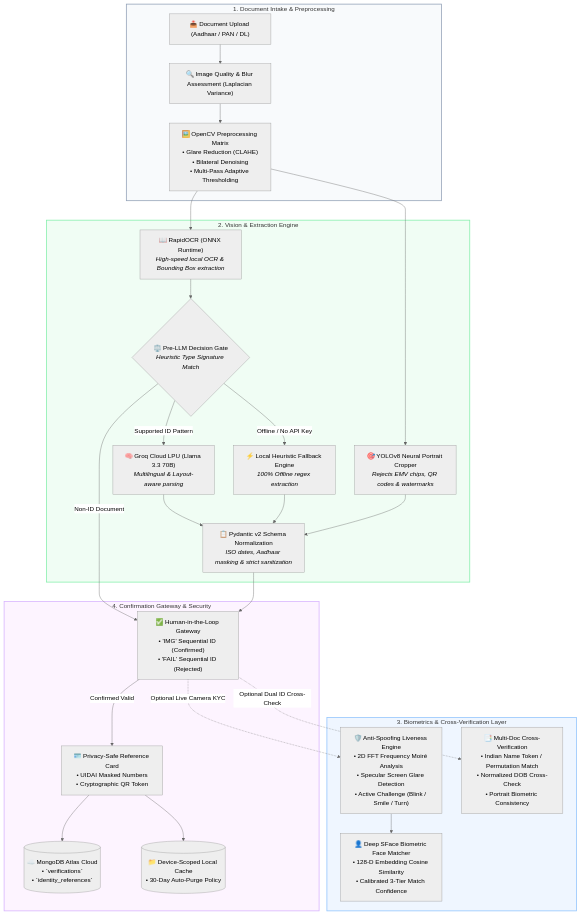
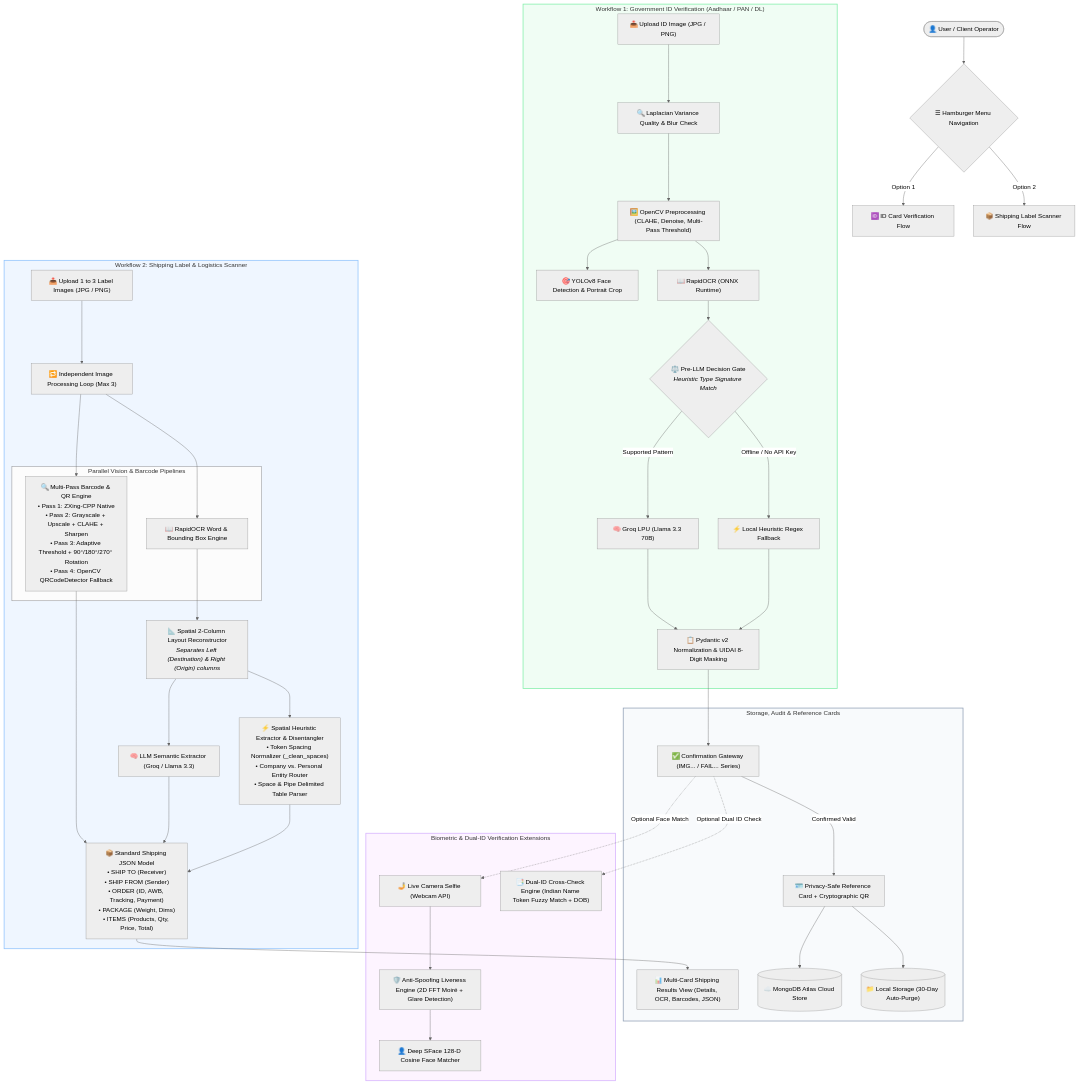
One commit to kiruthikeyangiri/utility-bot-2 changed the diagram in README.md. Above: the diagram before and after it, drawn with Mermaid (neutral theme). The commit also changed other lines of this file, not shown here.

Commit message:
docs: update README.md with complete dual-engine architecture, end-to-end workflows, and shipping label scanner documentation

````diff
--- a/README.md
+++ b/README.md
@@ -22,74 +21,87 @@
 ```mermaid
 flowchart TD
+    %% NAVIGATION GATEWAY
+    User(["👤 User / Client Operator"]) --> NavChoice{"☰ Hamburger Menu Navigation"}
+    
+    NavChoice -->|Option 1| IDFlow["🆔 ID Card Verification Flow"]
+    NavChoice -->|Option 2| ShippingFlow["📦 Shipping Label Scanner Flow"]
+
     %% ==========================================
-    %% INTAKE & PREPROCESSING
+    %% WORKFLOW 1: ID VERIFICATION
     %% ==========================================
-    subgraph Intake["1. Document Intake & Preprocessing"]
-        DocUpload["📤 Document Upload (Aadhaar / PAN / DL)"]
-        QualityGate["🔍 Image Quality & Blur Assessment (Laplacian Variance)"]
-        CVPreproc["🖼️ OpenCV Preprocessing Matrix<br/>• Glare Reduction (CLAHE)<br/>• Bilateral Denoising<br/>• Multi-Pass Adaptive Thresholding"]
+    subgraph IDWorkflow["Workflow 1: Government ID Verification (Aadhaar / PAN / DL)"]
+        IDUpload["📤 Upload ID Image (JPG / PNG)"]
+        QualityCheck["🔍 Laplacian Variance Quality & Blur Check"]
+        IDPreproc["🖼️ OpenCV Preprocessing (CLAHE, Denoise, Multi-Pass Threshold)"]
+        YOLOCrop["🎯 YOLOv8 Face Detection & Portrait Crop"]
+        RapidID["📖 RapidOCR (ONNX Runtime)"]
+        DecisionGate{"⚖️ Pre-LLM Decision Gate<br/><i>Heuristic Type Signature Match</i>"}
+        GroqID["🧠 Groq LPU (Llama 3.3 70B)"]
+        RegexID["⚡ Local Heuristic Regex Fallback"]
+        PydanticID["📋 Pydantic v2 Normalization & UIDAI 8-Digit Masking"]
+        
+        IDUpload --> QualityCheck --> IDPreproc
+        IDPreproc --> YOLOCrop
+        IDPreproc --> RapidID
+        RapidID --> DecisionGate
+        DecisionGate -->|Supported Pattern| GroqID --> PydanticID
+        DecisionGate -->|Offline / No API Key| RegexID --> PydanticID
     end
 
     %% ==========================================
-    %% VISION & AI EXTRACTION PIPELINE
+    %% WORKFLOW 2: SHIPPING LABEL SCANNER
     %% ==========================================
-    subgraph VisionAI["2. Vision & Extraction Engine"]
-        YOLOFace["🎯 YOLOv8 Neural Portrait Cropper<br/><i>Rejects EMV chips, QR codes & watermarks</i>"]
-        RapidOCREngine["📖 RapidOCR (ONNX Runtime)<br/><i>High-speed local OCR & Bounding Box extraction</i>"]
-        DecisionGate{"⚖️ Pre-LLM Decision Gate<br/><i>Heuristic Type Signature Match</i>"}
-        GroqLlama["🧠 Groq Cloud LPU (Llama 3.3 70B)<br/><i>Multilingual & Layout-aware parsing</i>"]
-        RegexEngine["⚡ Local Heuristic Fallback Engine<br/><i>100% Offline regex extraction</i>"]
-        PydanticVal["📋 Pydantic v2 Schema Normalization<br/><i>ISO dates, Aadhaar masking & strict sanitization</i>"]
+    subgraph ShipWorkflow["Workflow 2: Shipping Label & Logistics Scanner"]
+        ShipUpload["📤 Upload 1 to 3 Label Images (JPG / PNG)"]
+        MultiLoop["🔁 Independent Image Processing Loop (Max 3)"]
+        
+        subgraph ParallelEngines["Parallel Vision & Barcode Pipelines"]
+            CodeScan["🔍 Multi-Pass Barcode & QR Engine<br/>• Pass 1: ZXing-CPP Native<br/>• Pass 2: Grayscale + Upscale + CLAHE + Sharpen<br/>• Pass 3: Adaptive Threshold + 90°/180°/270° Rotation<br/>• Pass 4: OpenCV QRCodeDetector Fallback"]
+            RapidShip["📖 RapidOCR Word & Bounding Box Engine"]
+        end
+        
+        SpatialSort["📐 Spatial 2-Column Layout Reconstructor<br/><i>Separates Left (Destination) & Right (Origin) columns</i>"]
+        ShipLLM["🧠 LLM Semantic Extractor (Groq / Llama 3.3)"]
+        ShipHeuristics["⚡ Spatial Heuristic Extractor & Disentangler<br/>• Token Spacing Normalizer (_clean_spaces)<br/>• Company vs. Personal Entity Router<br/>• Space & Pipe Delimited Table Parser"]
+        ShipSchema["📦 Standard Shipping JSON Model<br/>• SHIP TO (Receiver)<br/>• SHIP FROM (Sender)<br/>• ORDER (ID, AWB, Tracking, Payment)<br/>• PACKAGE (Weight, Dims)<br/>• ITEMS (Products, Qty, Price, Total)"]
+        
+        ShipUpload --> MultiLoop
+        MultiLoop --> CodeScan
+        MultiLoop --> RapidShip
+        RapidShip --> SpatialSort
+        SpatialSort --> ShipLLM --> ShipSchema
+        SpatialSort --> ShipHeuristics --> ShipSchema
+        CodeScan --> ShipSchema
     end
 
-    %% ==========================================
-    %% BIOMETRICS & VERIFICATION
-    %% ==========================================
-    subgraph BiometricsLayer["3. Biometrics & Cross-Verification Layer"]
-        LivenessCheck["🛡️ Anti-Spoofing Liveness Engine<br/>• 2D FFT Frequency Moiré Analysis<br/>• Specular Screen Glare Detection<br/>• Active Challenge (Blink / Smile / Turn)"]
-        SFaceMatcher["👤 Deep SFace Biometric Face Matcher<br/>• 128-D Embedding Cosine Similarity<br/>• Calibrated 3-Tier Match Confidence"]
-        CrossCheck["📑 Multi-Doc Cross-Verification<br/>• Indian Name Token / Permutation Match<br/>• Normalized DOB Cross-Check<br/>• Portrait Biometric Consistency"]
+    %% BIOMETRICS & VERIFICATION EXTENSIONS
+    subgraph KYCBiometrics["Biometric & Dual-ID Verification Extensions"]
+        LiveSelfie["🤳 Live Camera Selfie (Webcam API)"]
+        LivenessEng["🛡️ Anti-Spoofing Liveness Engine (2D FFT Moiré + Glare Detection)"]
+        SFace["👤 Deep SFace 128-D Cosine Face Matcher"]
+        CrossDoc["📑 Dual-ID Cross-Check Engine (Indian Name Token Fuzzy Match + DOB)"]
     end
 
-    %% ==========================================
-    %% CONFIRMATION & STORAGE
-    %% ==========================================
-    subgraph StorageSecurity["4. Confirmation Gateway & Security"]
-        HitlGateway["✅ Human-in-the-Loop Gateway<br/>• 'IMG' Sequential ID (Confirmed)<br/>• 'FAIL' Sequential ID (Rejected)"]
-        RefCard["🪪 Privacy-Safe Reference Card<br/>• UIDAI Masked Numbers<br/>• Cryptographic QR Token"]
-        MongoDBAtlas[("☁️ MongoDB Atlas Cloud<br/>• `verifications`<br/>• `identity_references`")]
-        LocalStore[("📁 Device-Scoped Local Cache<br/>• 30-Day Auto-Purge Policy")]
+    %% FINAL OUTPUTS
+    subgraph StorageGateways["Storage, Audit & Reference Cards"]
+        ConfirmGate["✅ Confirmation Gateway (IMG... / FAIL... Series)"]
+        RefCardGen["🪪 Privacy-Safe Reference Card + Cryptographic QR"]
+        MongoStorage[("☁️ MongoDB Atlas Cloud Store")]
+        LocalStorage[("📁 Local Storage (30-Day Auto-Purge)")]
+        ShippingCards["📊 Multi-Card Shipping Results View (Details, OCR, Barcodes, JSON)"]
     end
 
-    %% Flow Connections
-    DocUpload --> QualityGate
-    QualityGate --> CVPreproc
-    CVPreproc --> YOLOFace
-    CVPreproc --> RapidOCREngine
-    RapidOCREngine --> DecisionGate
-    
-    DecisionGate -->|Supported ID Pattern| GroqLlama
-    DecisionGate -->|Offline / No API Key| RegexEngine
-    DecisionGate -->|Non-ID Document| HitlGateway
-    
-    GroqLlama --> PydanticVal
-    RegexEngine --> PydanticVal
-    YOLOFace --> PydanticVal
-    
-    PydanticVal --> HitlGateway
-    
-    %% Biometrics & Cross check triggers
-    HitlGateway -.->|Optional Live Camera KYC| LivenessCheck
-    LivenessCheck --> SFaceMatcher
-    HitlGateway -.->|Optional Dual ID Cross-Check| CrossCheck
-    
-    HitlGateway -->|Confirmed Valid| RefCard
-    RefCard --> MongoDBAtlas
-    RefCard --> LocalStore
+    PydanticID --> ConfirmGate
+    ConfirmGate -.->|Optional Face Match| LiveSelfie --> LivenessEng --> SFace
+    ConfirmGate -.->|Optional Dual ID Check| CrossDoc
+    ConfirmGate -->|Confirmed Valid| RefCardGen
+    RefCardGen --> MongoStorage
+    RefCardGen --> LocalStorage
+    ShipSchema --> ShippingCards
 
     %% Styling
-    style Intake fill:#f8fafc,stroke:#94a3b8,stroke-width:2px;
-    style VisionAI fill:#f0fdf4,stroke:#86efac,stroke-width:2px;
-    style BiometricsLayer fill:#eff6ff,stroke:#93c5fd,stroke-width:2px;
-    style StorageSecurity fill:#fdf4ff,stroke:#d8b4fe,stroke-width:2px;
+    style IDWorkflow fill:#f0fdf4,stroke:#86efac,stroke-width:2px;
+    style ShipWorkflow fill:#eff6ff,stroke:#93c5fd,stroke-width:2px;
+    style KYCBiometrics fill:#fdf4ff,stroke:#d8b4fe,stroke-width:2px;
+    style StorageGateways fill:#f8fafc,stroke:#94a3b8,stroke-width:2px;
 ```
````
